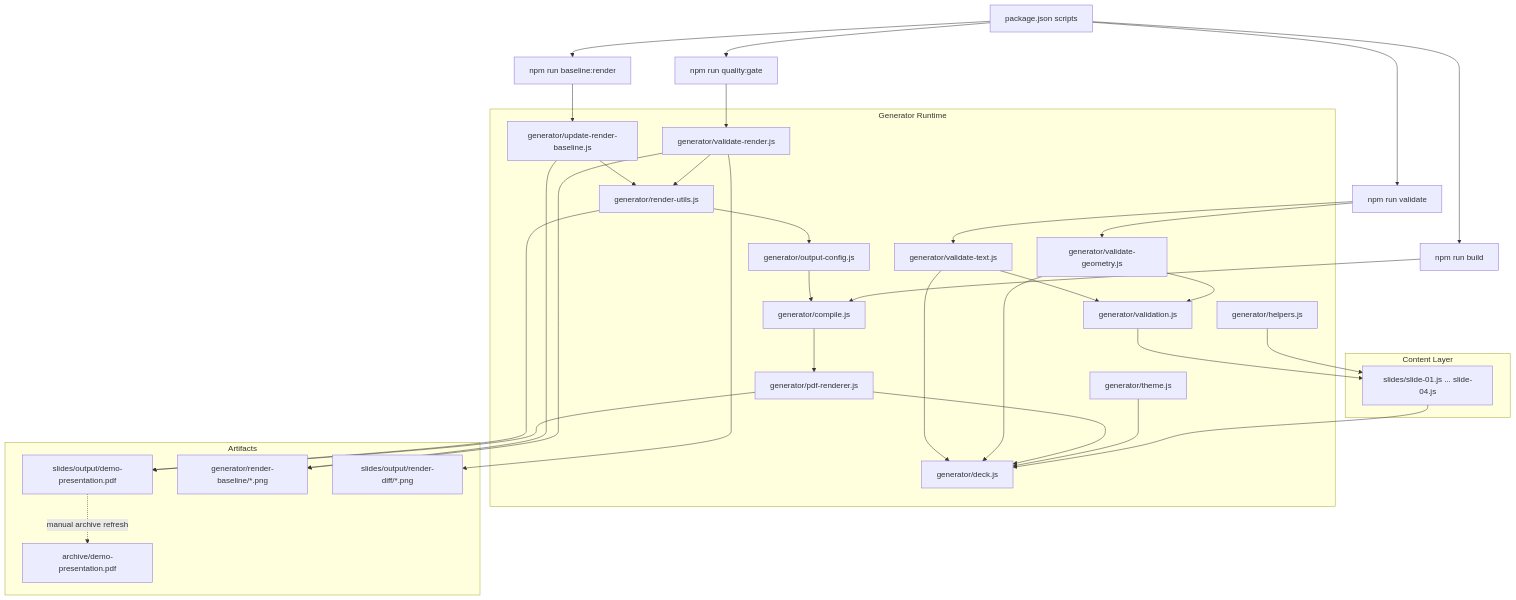
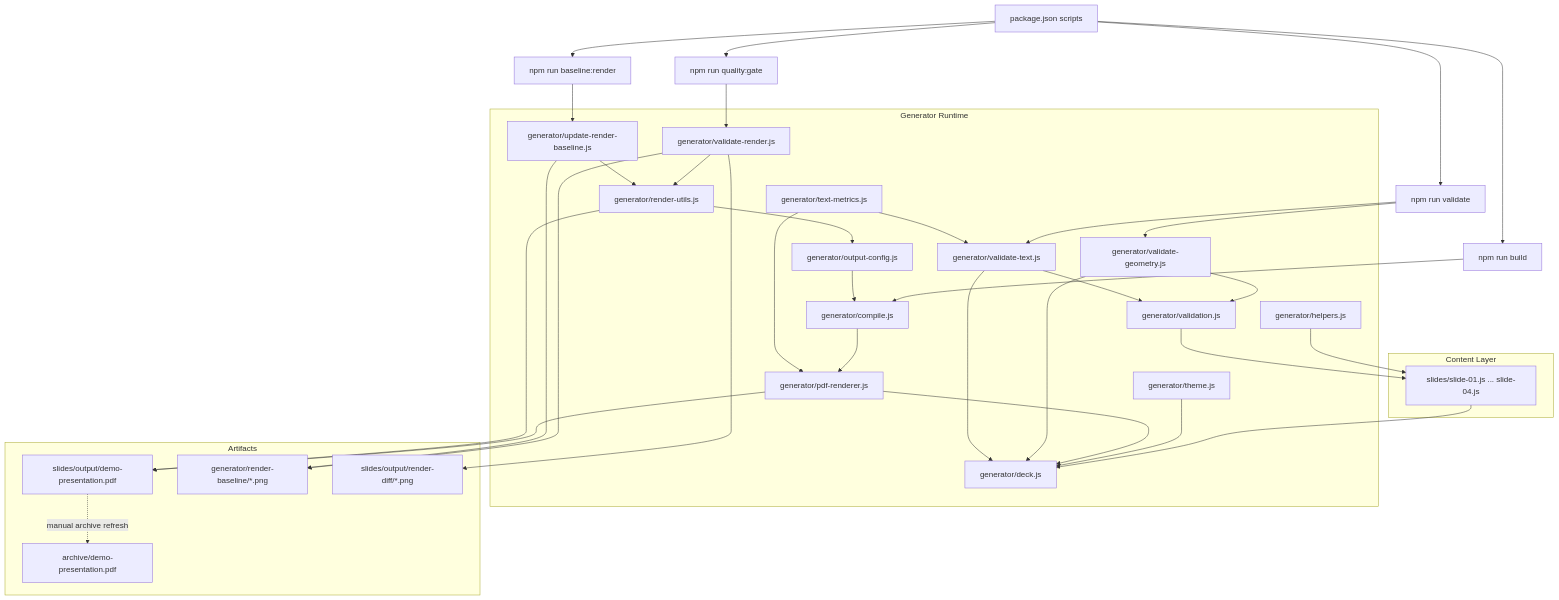
The diagram in ARCHITECTURE.md (bebraw/presentation-template), drawn with Mermaid before and after one commit. The commit also changed other lines of this file and 16 other files, not shown here.

````diff
--- a/ARCHITECTURE.md
+++ b/ARCHITECTURE.md
@@ -13,64 +13,67 @@
 ```mermaid
 flowchart TD
     package["package.json scripts"] --> build["npm run build"]
     package --> validate["npm run validate"]
     package --> gate["npm run quality:gate"]
     package --> baseline["npm run baseline:render"]
 
     subgraph content["Content Layer"]
         slides["slides/slide-01.js ... slide-04.js"]
     end
 
     subgraph runtime["Generator Runtime"]
         deck["generator/deck.js"]
         theme["generator/theme.js"]
         helpers["generator/helpers.js"]
         validation["generator/validation.js"]
         output["generator/output-config.js"]
         renderer["generator/pdf-renderer.js"]
+        metrics["generator/text-metrics.js"]
         compile["generator/compile.js"]
         geometry["generator/validate-geometry.js"]
         textfit["generator/validate-text.js"]
         render["generator/validate-render.js"]
         baselineUpdate["generator/update-render-baseline.js"]
         renderUtils["generator/render-utils.js"]
     end
 
     subgraph artifacts["Artifacts"]
         pdf["slides/output/demo-presentation.pdf"]
         baselineFiles["generator/render-baseline/*.png"]
         archive["archive/demo-presentation.pdf"]
         diffs["slides/output/render-diff/*.png"]
     end
 
     slides --> deck
     theme --> deck
     helpers --> slides
     validation --> slides
 
     build --> compile
     compile --> renderer
     output --> compile
     renderer --> deck
+    metrics --> renderer
     renderer --> pdf
 
     validate --> geometry
     validate --> textfit
     geometry --> deck
     geometry --> validation
     textfit --> deck
     textfit --> validation
+    metrics --> textfit
 
     gate --> render
     render --> renderUtils
     renderUtils --> output
     render --> baselineFiles
     render --> diffs
     renderUtils --> pdf
 
     baseline --> baselineUpdate
     baselineUpdate --> renderUtils
     baselineUpdate --> baselineFiles
 
     pdf -. manual archive refresh .-> archive
 ```
````
